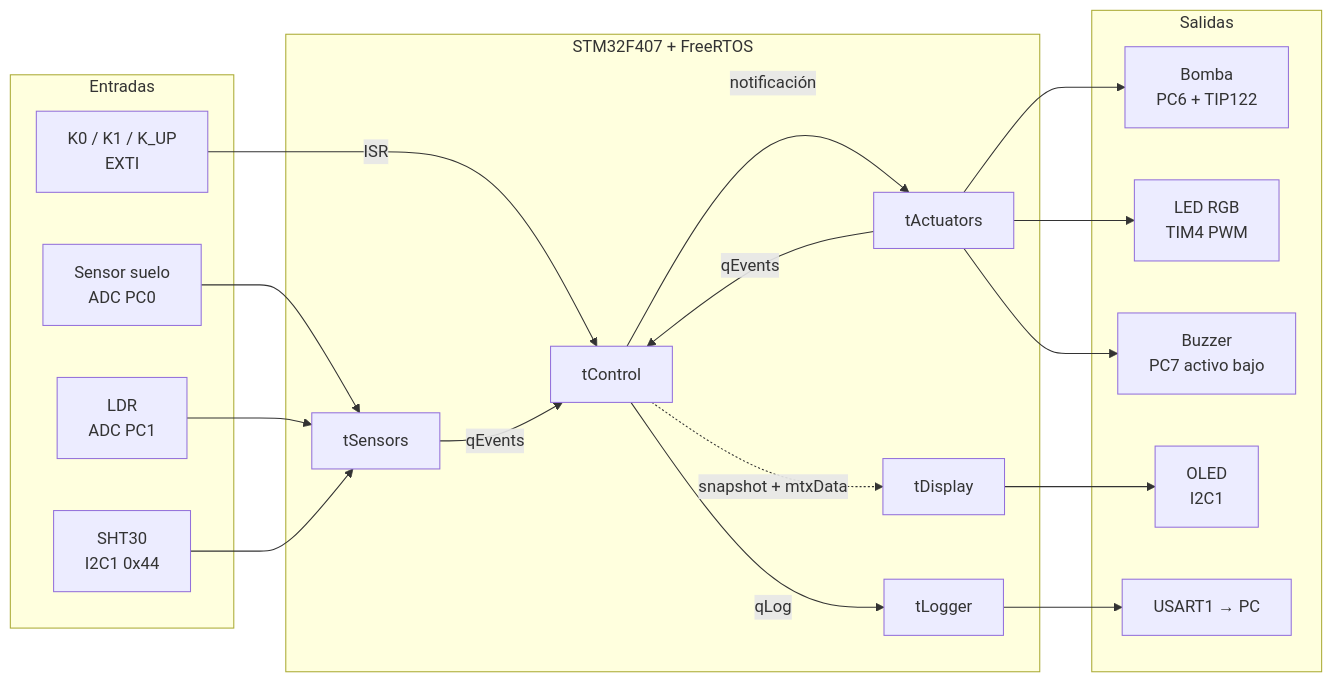
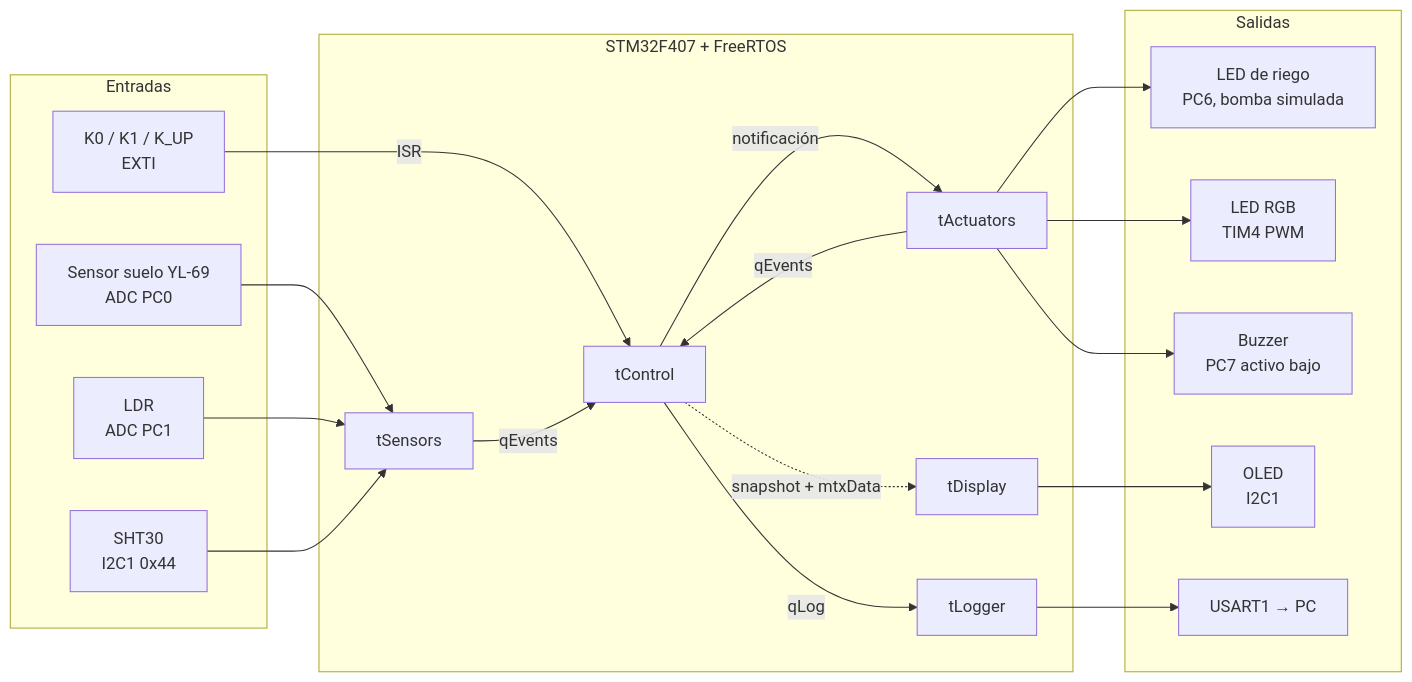
Before and after one commit to GildardoRestrepo/greenhouse_Mata_freeRTOS: the first of 3 diagrams in docs/arquitectura.md, drawn with Mermaid. The commit also changed other lines of this file and 4 other files, not shown here.

First line of the commit message:
docs: BOM reducido con sensor YL-38/YL-69 y LED en lugar de la bomba

````diff
--- a/docs/arquitectura.md
+++ b/docs/arquitectura.md
@@ -15,35 +18,35 @@
 ```mermaid
 flowchart LR
   subgraph Entradas
-    SOIL[Sensor suelo<br/>ADC PC0]
+    SOIL[Sensor suelo YL-69<br/>ADC PC0]
     LDR[LDR<br/>ADC PC1]
     AHT[SHT30<br/>I2C1 0x44]
     BTN[K0 / K1 / K_UP<br/>EXTI]
   end
   subgraph STM32F407 + FreeRTOS
     SEN[tSensors]
     CTL[tControl]
     ACT[tActuators]
     DSP[tDisplay]
     LOG[tLogger]
   end
   subgraph Salidas
-    PUMP[Bomba<br/>PC6 + TIP122]
+    PUMP[LED de riego<br/>PC6, bomba simulada]
     RGB[LED RGB<br/>TIM4 PWM]
     BUZ[Buzzer<br/>PC7 activo bajo]
     OLED[OLED<br/>I2C1]
     UART[USART1 → PC]
   end
   SOIL --> SEN
   LDR --> SEN
   AHT --> SEN
   BTN -- ISR --> CTL
   SEN -- qEvents --> CTL
   CTL -- notificación --> ACT
   ACT -- qEvents --> CTL
   ACT --> PUMP & RGB & BUZ
   DSP --> OLED
   CTL -. snapshot + mtxData .-> DSP
   CTL -- qLog --> LOG
   LOG --> UART
 ```
````
